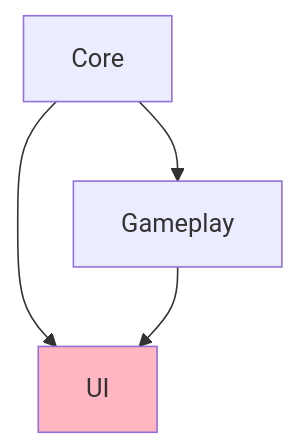
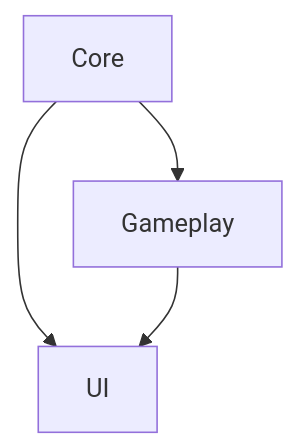
One commit to wallstop/unity-tips changed the third of 4 diagrams in docs/assembly-definitions/04-common-patterns.md. Above: the diagram before and after it, drawn with Mermaid. The commit also changed other lines of this file and 27 other files, not shown here.

Commit message:
Convert ASCII diagrams to Mermaid format (#30)

````diff
--- a/docs/assembly-definitions/04-common-patterns.md
+++ b/docs/assembly-definitions/04-common-patterns.md
@@ -293,8 +279,7 @@
 ```mermaid
 graph TD
     A[Core] --> B[Gameplay]
     A --> C[UI]
     B --> C
 
-    style C fill:#FFB6C1
 ```
````
